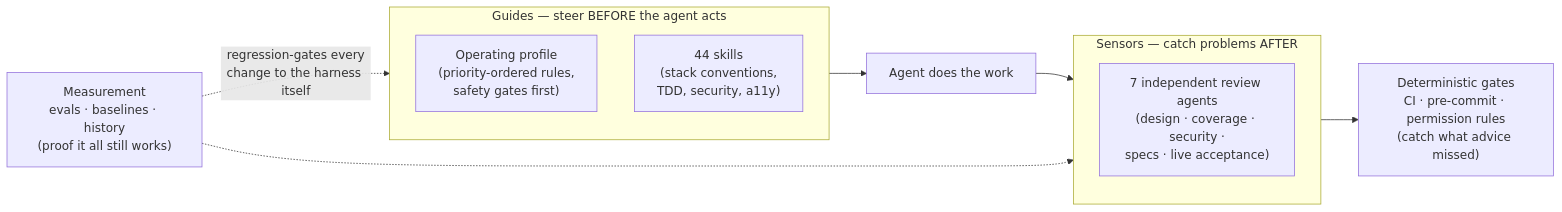
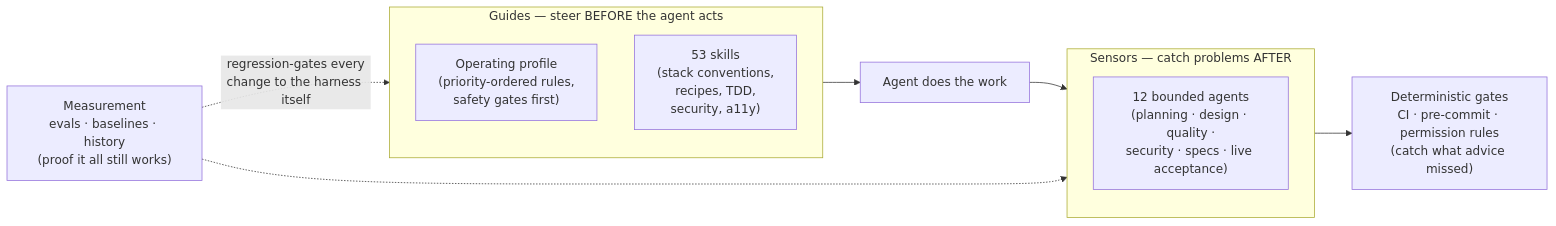
Before and after one commit to TierOne-Studio/llm-harness-fullstack: the diagram in docs/WHY-A-HARNESS.md, drawn with Mermaid. The commit also changed 6 other files, not shown here.

````diff
--- a/docs/WHY-A-HARNESS.md
+++ b/docs/WHY-A-HARNESS.md
@@ -40,17 +40,17 @@
 ```mermaid
 flowchart LR
     subgraph BEFORE["Guides — steer BEFORE the agent acts"]
         I["Operating profile<br/>(priority-ordered rules,<br/>safety gates first)"]
-        S["44 skills<br/>(stack conventions,<br/>TDD, security, a11y)"]
+        S["53 skills<br/>(stack conventions,<br/>recipes, TDD,<br/>security, a11y)"]
     end
     A["Agent does the work"]
     subgraph AFTER["Sensors — catch problems AFTER"]
-        R["7 independent review agents<br/>(design · coverage · security ·<br/>specs · live acceptance)"]
+        R["12 bounded agents<br/>(planning · design · quality ·<br/>security · specs · live acceptance)"]
     end
     G["Deterministic gates<br/>CI · pre-commit · permission rules<br/>(catch what advice missed)"]
     M["Measurement<br/>evals · baselines · history<br/>(proof it all still works)"]
 
     BEFORE --> A --> AFTER --> G
     M -.->|regression-gates every<br/>change to the harness itself| BEFORE
     M -.-> AFTER
 ```
````
